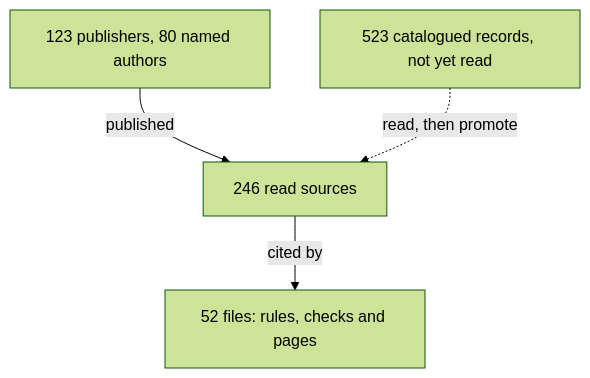
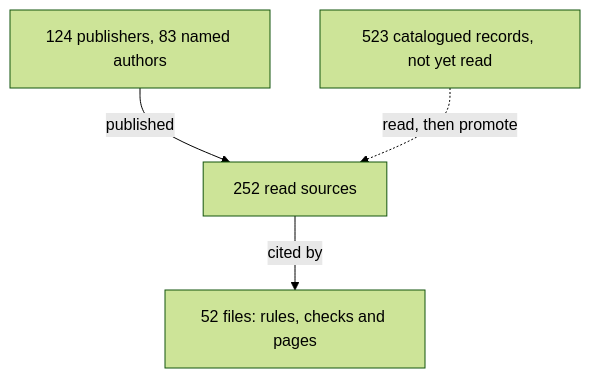
Before and after one commit to Valpatel/cad-agent: the diagram in docs/practice/experts.md, drawn with Mermaid (forest theme). The commit also changed other lines of this file and 5 other files, not shown here.

````diff
--- a/docs/practice/experts.md
+++ b/docs/practice/experts.md
@@ -6,7 +6,7 @@
 ```mermaid
 flowchart TD
-  P["123 publishers, 80 named authors"] -->|published| S["246 read sources"]
+  P["124 publishers, 83 named authors"] -->|published| S["252 read sources"]
   S -->|cited by| U["52 files: rules, checks and pages"]
   C["523 catalogued records, not yet read"] -.->|read, then promote| S
   class S here
 ```
````
